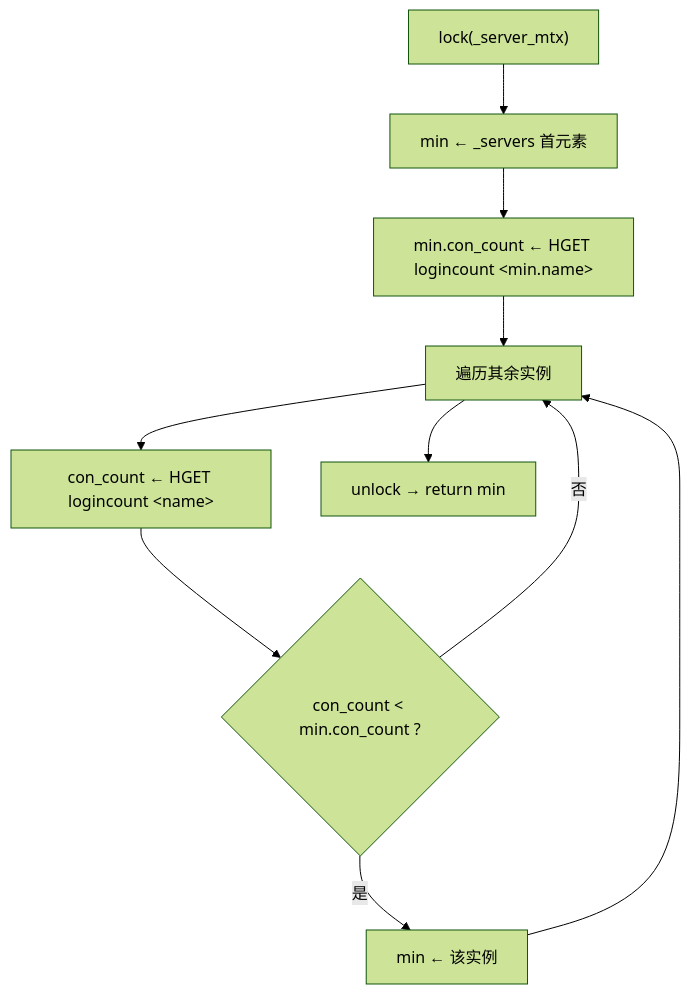
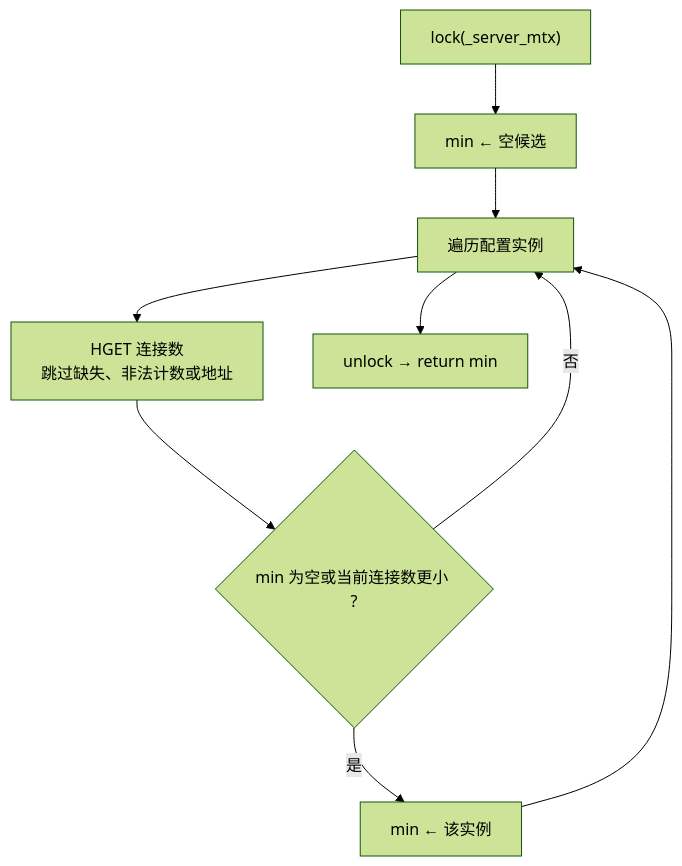
One commit to yrc920/xiguchat changed the first of 2 diagrams in docs/08-status-server.md. Above: the diagram before and after it, drawn with Mermaid (forest theme). The commit also changed other lines of this file and 65 other files, not shown here.

````diff
--- a/docs/08-status-server.md
+++ b/docs/08-status-server.md
@@ -49,12 +49,11 @@
 ```mermaid
 flowchart TB
-    A["lock(_server_mtx)"] --> B["min ← _servers 首元素"]
-    B --> C["min.con_count ← HGET logincount #lt;min.name#gt;"]
-    C --> D["遍历其余实例"]
-    D --> E["con_count ← HGET logincount #lt;name#gt;"]
-    E --> F{"con_count #lt; min.con_count ?"}
+    A["lock(_server_mtx)"] --> B["min ← 空候选"]
+    B --> D["遍历配置实例"]
+    D --> E["HGET 连接数<br/>跳过缺失、非法计数或地址"]
+    E --> F{"min 为空或当前连接数更小 ?"}
     F -->|是| G["min ← 该实例"]
     F -->|否| D
     G --> D
     D --> H["unlock → return min"]
 ```
````
